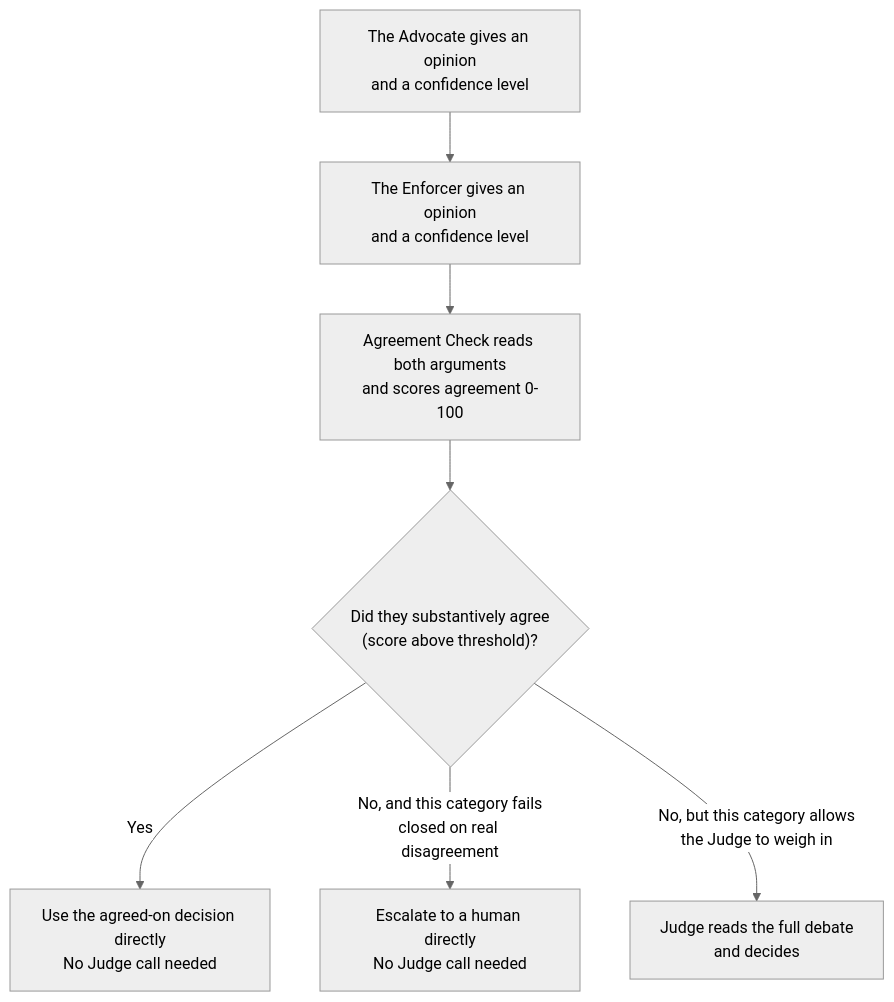
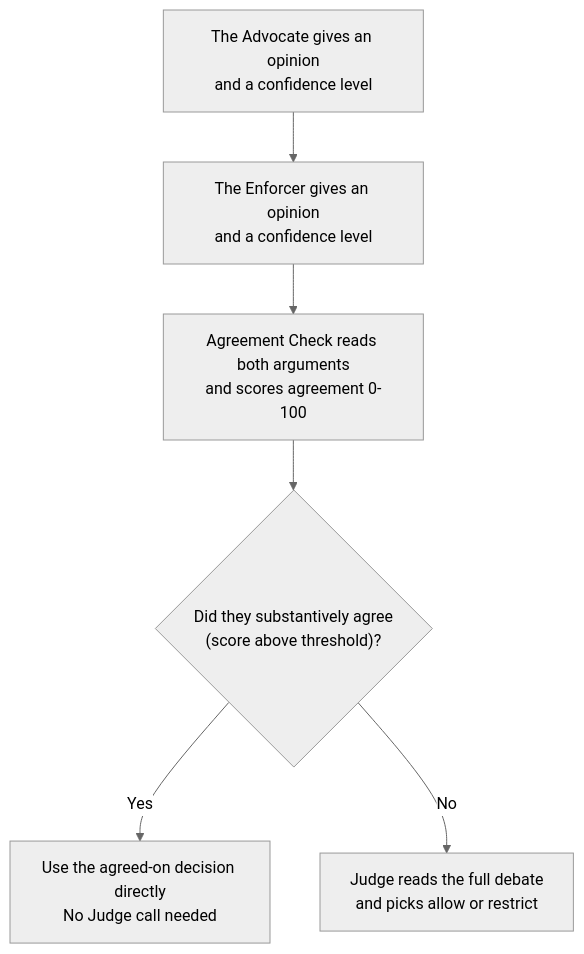
The third of 3 diagrams in docs/HOW_IT_WORKS.md (harineek24/ModAgent), drawn with Mermaid (neutral theme) before and after one commit. The commit also changed other lines of this file and 12 other files, not shown here.

First line of the commit message:
Remove AI-triggered escalation entirely; every verdict is allow/restrict, always human-reviewed

````diff
--- a/docs/HOW_IT_WORKS.md
+++ b/docs/HOW_IT_WORKS.md
@@ -80,9 +82,8 @@
 ```mermaid
 flowchart TD
     R1[The Advocate gives an opinion\nand a confidence level] --> R2[The Enforcer gives an opinion\nand a confidence level]
     R2 --> AC[Agreement Check reads both arguments\nand scores agreement 0-100]
     AC --> Check{"Did they substantively agree\n(score above threshold)?"}
     Check -->|Yes| Resolve[Use the agreed-on decision directly\nNo Judge call needed]
-    Check -->|No, and this category fails\nclosed on real disagreement| FC[Escalate to a human directly\nNo Judge call needed]
-    Check -->|No, but this category allows\nthe Judge to weigh in| J[Judge reads the full debate\nand decides]
+    Check -->|No| J[Judge reads the full debate\nand picks allow or restrict]
 ```
````
